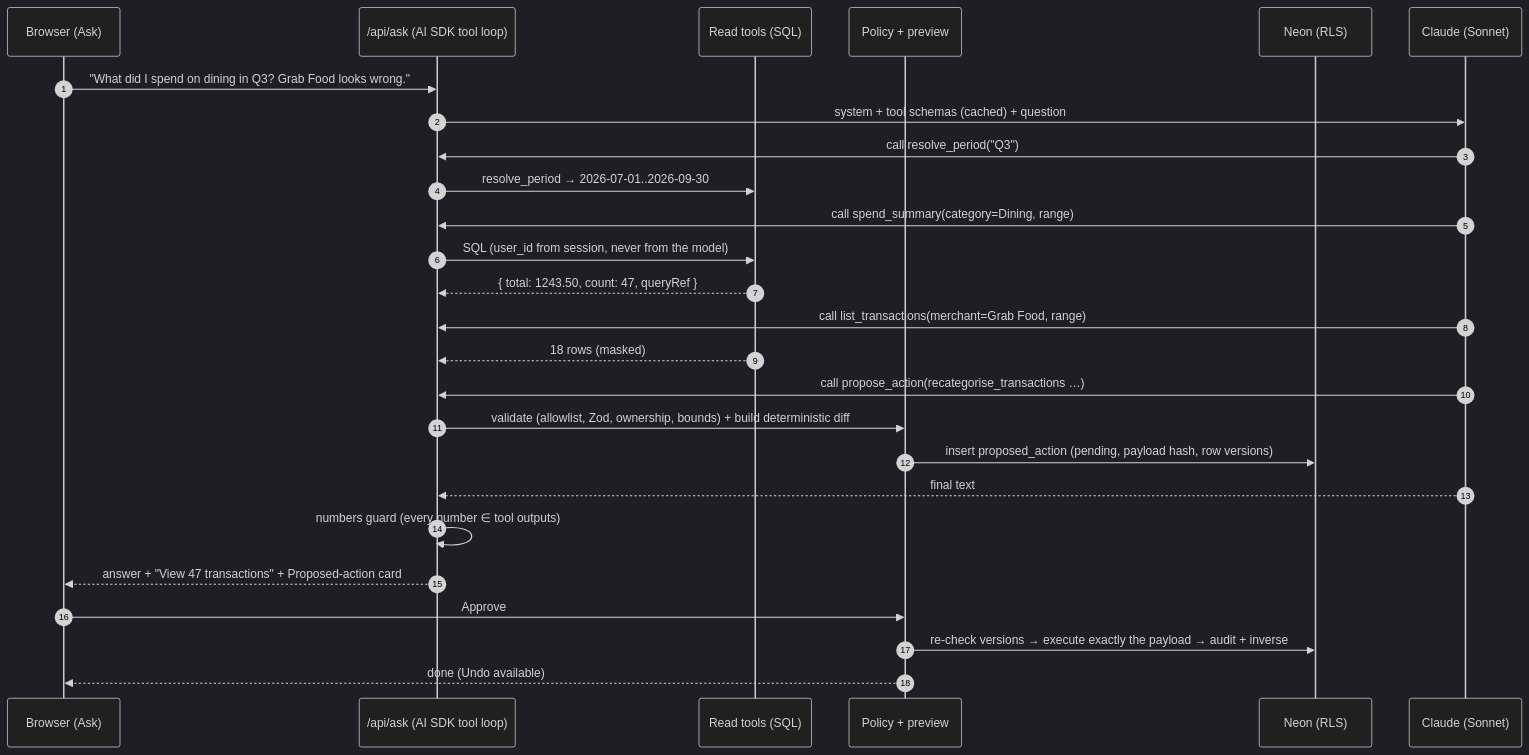
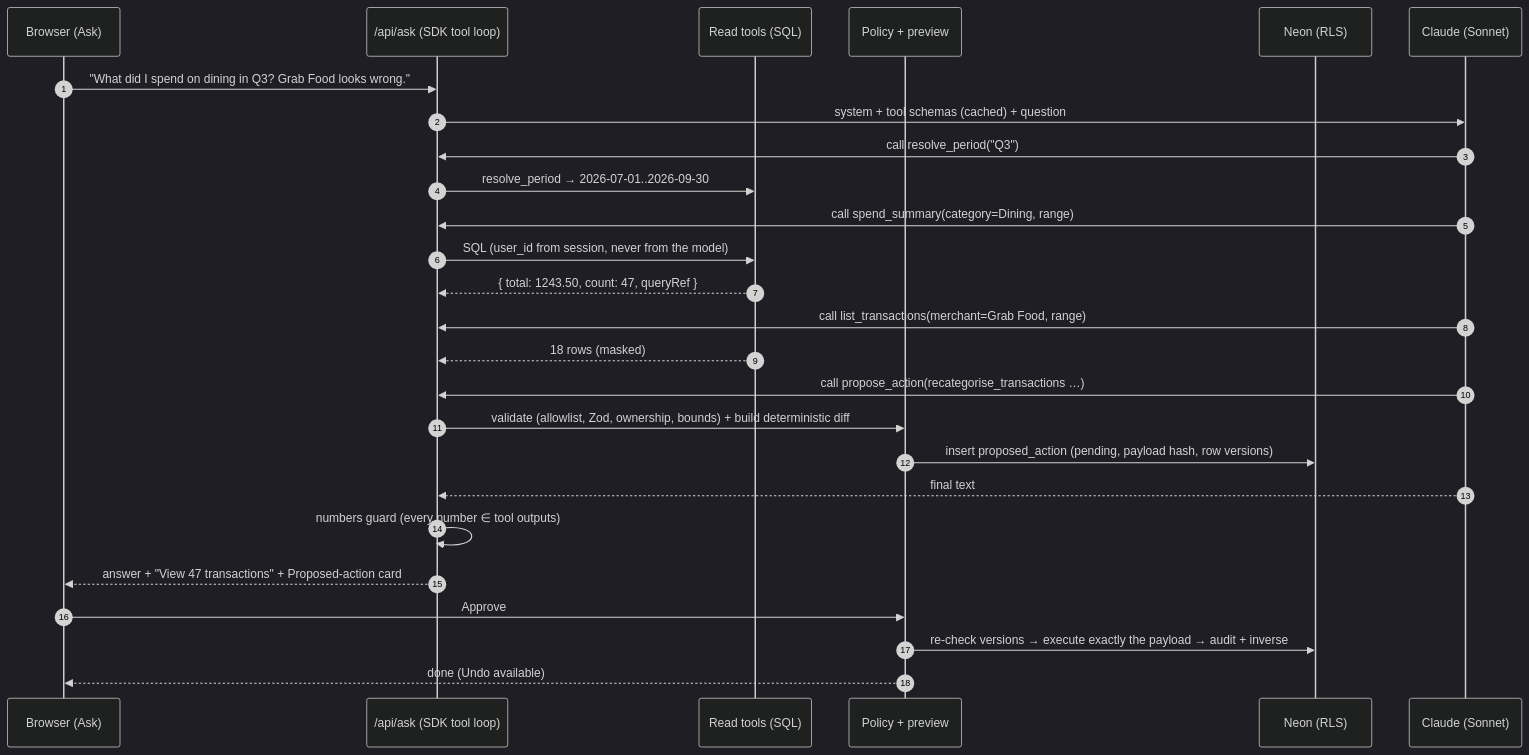
The third of 6 diagrams in docs/architecture.md (tmiharja/personal-finance-agent), drawn with Mermaid (dark theme) before and after one commit. The commit also changed other lines of this file and 12 other files, not shown here.

````diff
--- a/docs/architecture.md
+++ b/docs/architecture.md
@@ -129,29 +129,29 @@
 ```mermaid
 sequenceDiagram
   autonumber
   participant U as Browser (Ask)
-  participant A as /api/ask (AI SDK tool loop)
+  participant A as /api/ask (SDK tool loop)
   participant T as Read tools (SQL)
   participant P as Policy + preview
   participant DB as Neon (RLS)
   participant LLM as Claude (Sonnet)
 
   U->>A: "What did I spend on dining in Q3? Grab Food looks wrong."
   A->>LLM: system + tool schemas (cached) + question
   LLM->>A: call resolve_period("Q3")
   A->>T: resolve_period → 2026-07-01..2026-09-30
   LLM->>A: call spend_summary(category=Dining, range)
   A->>T: SQL (user_id from session, never from the model)
   T-->>A: { total: 1243.50, count: 47, queryRef }
   LLM->>A: call list_transactions(merchant=Grab Food, range)
   T-->>A: 18 rows (masked)
   LLM->>A: call propose_action(recategorise_transactions …)
   A->>P: validate (allowlist, Zod, ownership, bounds) + build deterministic diff
   P->>DB: insert proposed_action (pending, payload hash, row versions)
   LLM-->>A: final text
   A->>A: numbers guard (every number ∈ tool outputs)
   A-->>U: answer + "View 47 transactions" + Proposed-action card
   U->>P: Approve
   P->>DB: re-check versions → execute exactly the payload → audit + inverse
   P-->>U: done (Undo available)
 ```
````
